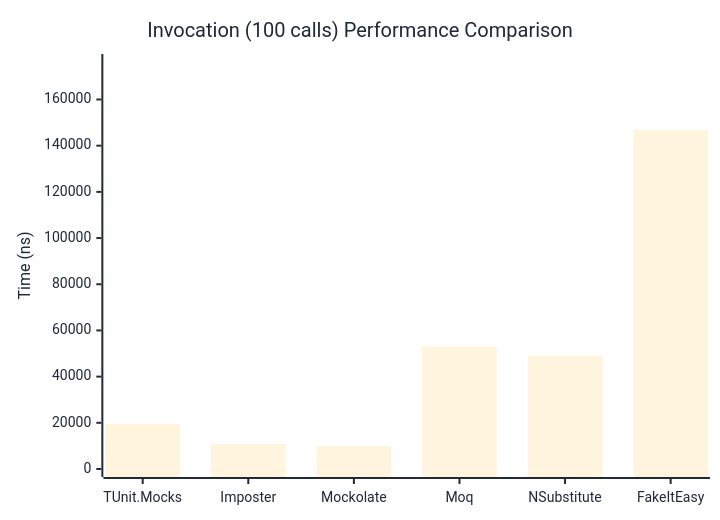
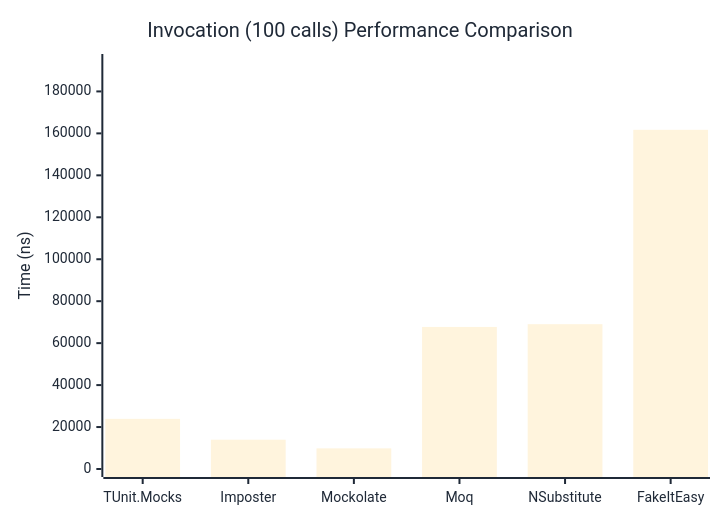
One commit to thomhurst/TUnit changed the third of 3 diagrams in docs/docs/benchmarks/mocks/Invocation.md. Above: the diagram before and after it, drawn with Mermaid. The commit also changed other lines of this file and 14 other files, not shown here.

````diff
--- a/docs/docs/benchmarks/mocks/Invocation.md
+++ b/docs/docs/benchmarks/mocks/Invocation.md
@@ -112,27 +112,27 @@
 ```mermaid
 %%{init: {
   'theme':'base',
   'themeVariables': {
     'primaryColor': '#2563eb',
     'primaryTextColor': '#1f2937',
     'primaryBorderColor': '#1e40af',
     'lineColor': '#6b7280',
     'secondaryColor': '#7c3aed',
     'tertiaryColor': '#dc2626',
     'background': '#ffffff',
     'pie1': '#2563eb',
     'pie2': '#7c3aed',
     'pie3': '#dc2626',
     'pie4': '#f59e0b',
     'pie5': '#10b981',
     'pie6': '#06b6d4',
     'pie7': '#ec4899',
     'pie8': '#6366f1'
   }
 }}%%
 xychart-beta
   title "Invocation (100 calls) Performance Comparison"
   x-axis ["TUnit.Mocks", "Imposter", "Mockolate", "Moq", "NSubstitute", "FakeItEasy"]
-  y-axis "Time (ns)" 0 --> 176235
-  bar [19478.61, 10747.53, 9955.23, 52975.08, 49125.56, 146862.14]
+  y-axis "Time (ns)" 0 --> 194027
+  bar [23908.41, 13966.59, 9831.91, 67726.14, 69037.21, 161688.92]
 ```
````
